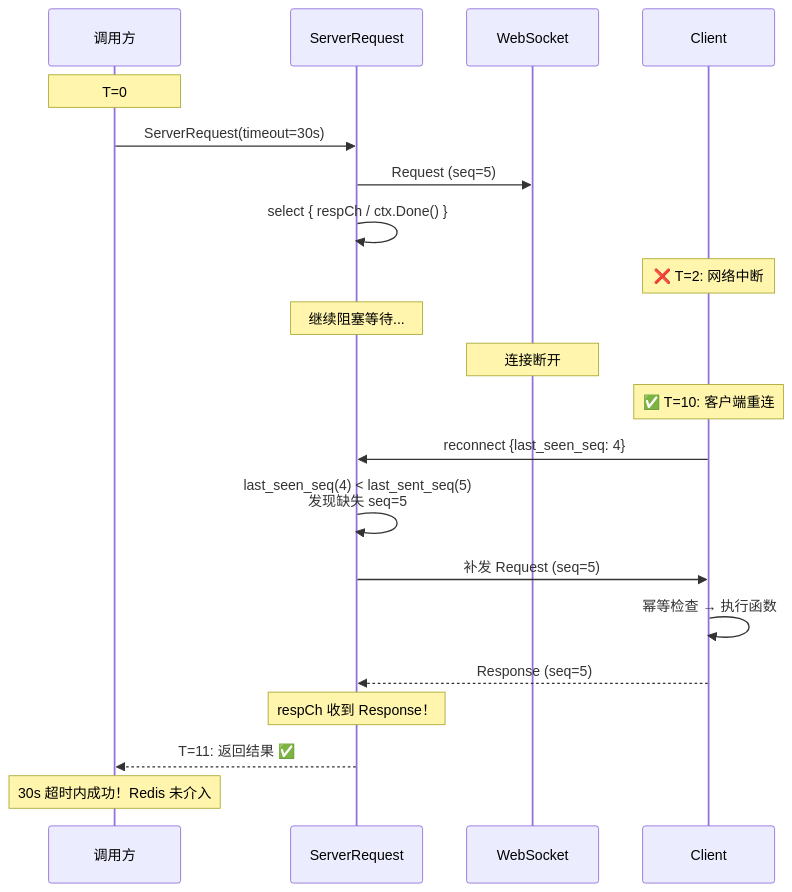
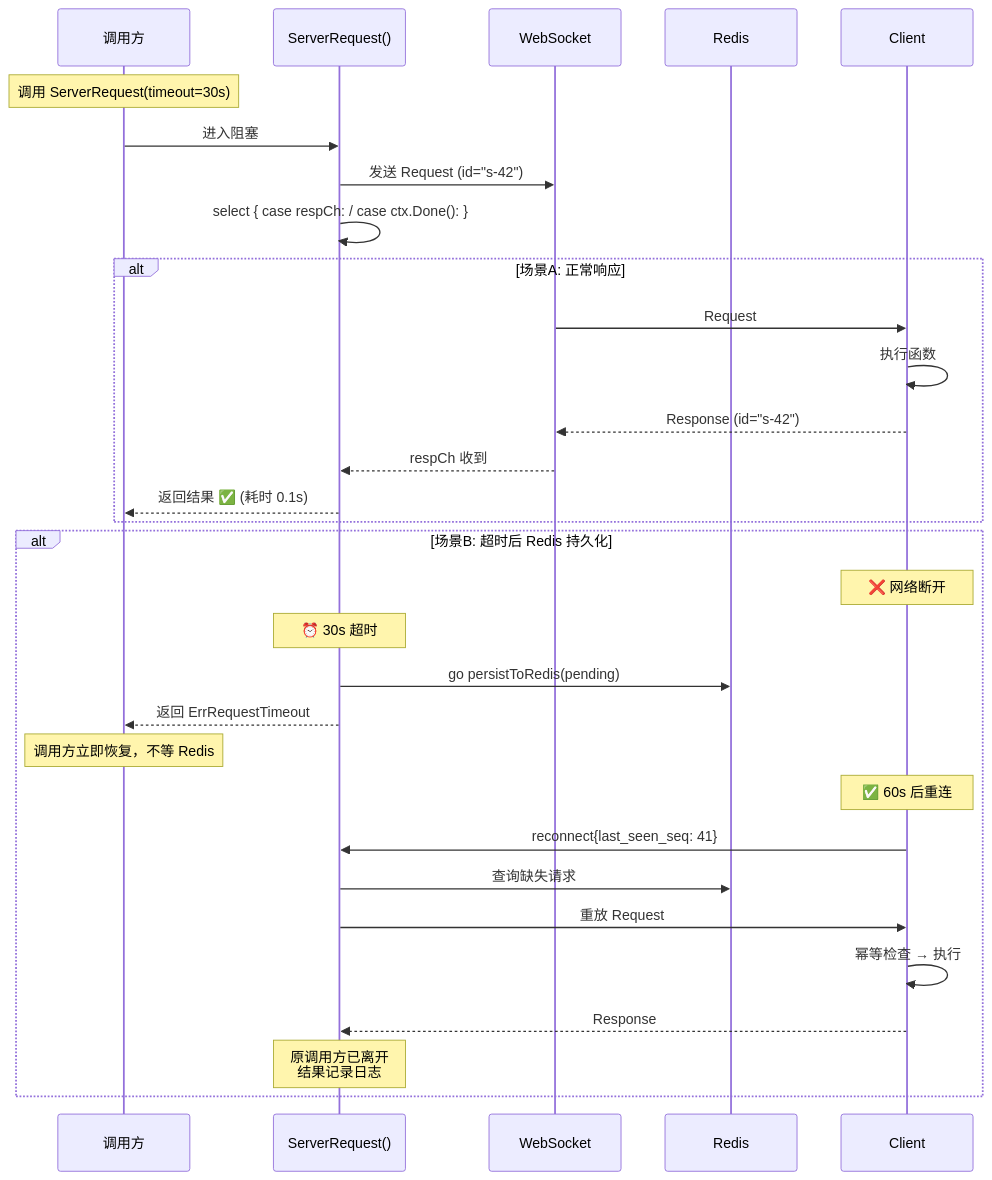
The second of 6 diagrams in docs/DESIGN_CLIENT_FUNCTION_AGENT_TOOLS.md (PineappleBond/xyncra-server), drawn with Mermaid before and after one commit. The commit also changed other lines of this file, not shown here.

````diff
--- a/docs/DESIGN_CLIENT_FUNCTION_AGENT_TOOLS.md
+++ b/docs/DESIGN_CLIENT_FUNCTION_AGENT_TOOLS.md
@@ -325,27 +347,38 @@
 ```mermaid
 sequenceDiagram
     participant Caller as 调用方
-    participant RRPC as ServerRequest
+    participant RRPC as ServerRequest()
     participant WS as WebSocket
+    participant Redis
     participant Client
 
-    Note over Caller: T=0
-    Caller->>RRPC: ServerRequest(timeout=30s)
-    RRPC->>WS: Request (seq=5)
-    RRPC->>RRPC: select { respCh / ctx.Done() }
+    Note over Caller: 调用 ServerRequest(timeout=30s)
+    Caller->>RRPC: 进入阻塞
 
-    Note over Client: ❌ T=2: 网络中断
-    Note over RRPC: 继续阻塞等待...
-    Note over WS: 连接断开
+    RRPC->>WS: 发送 Request (id="s-42")
+    RRPC->>RRPC: select { case respCh: / case ctx.Done(): }
 
-    Note over Client: ✅ T=10: 客户端重连
-    Client->>RRPC: reconnect {last_seen_seq: 4}
-    RRPC->>RRPC: last_seen_seq(4) < last_sent_seq(5)<br/>发现缺失 seq=5
-    RRPC->>Client: 补发 Request (seq=5)
-    Client->>Client: 幂等检查 → 执行函数
-    Client-->>RRPC: Response (seq=5)
+    alt 场景A: 正常响应
+        WS->>Client: Request
+        Client->>Client: 执行函数
+        Client-->>WS: Response (id="s-42")
+        WS-->>RRPC: respCh 收到
+        RRPC-->>Caller: 返回结果 ✅ (耗时 0.1s)
+    end
 
-    Note over RRPC: respCh 收到 Response！
-    RRPC-->>Caller: T=11: 返回结果 ✅
-    Note over Caller: 30s 超时内成功！Redis 未介入
+    alt 场景B: 超时后 Redis 持久化
+        Note over Client: ❌ 网络断开
+        Note over RRPC: ⏰ 30s 超时
+        RRPC->>Redis: go persistToRedis(pending)
+        RRPC-->>Caller: 返回 ErrRequestTimeout
+        Note over Caller: 调用方立即恢复，不等 Redis
+
+        Note over Client: ✅ 60s 后重连
+        Client->>RRPC: reconnect{last_seen_seq: 41}
+        RRPC->>Redis: 查询缺失请求
+        RRPC->>Client: 重放 Request
+        Client->>Client: 幂等检查 → 执行
+        Client-->>RRPC: Response
+        Note over RRPC: 原调用方已离开<br/>结果记录日志
+    end
 ```
````
